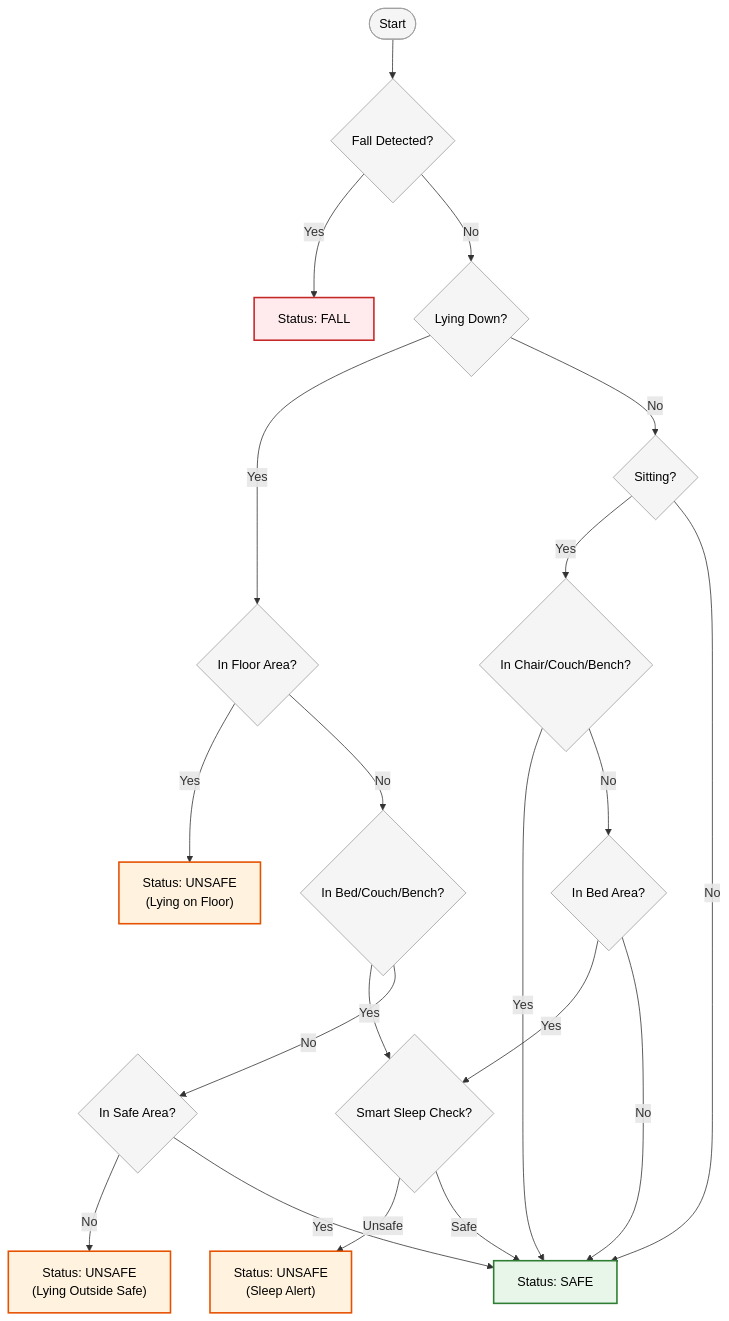
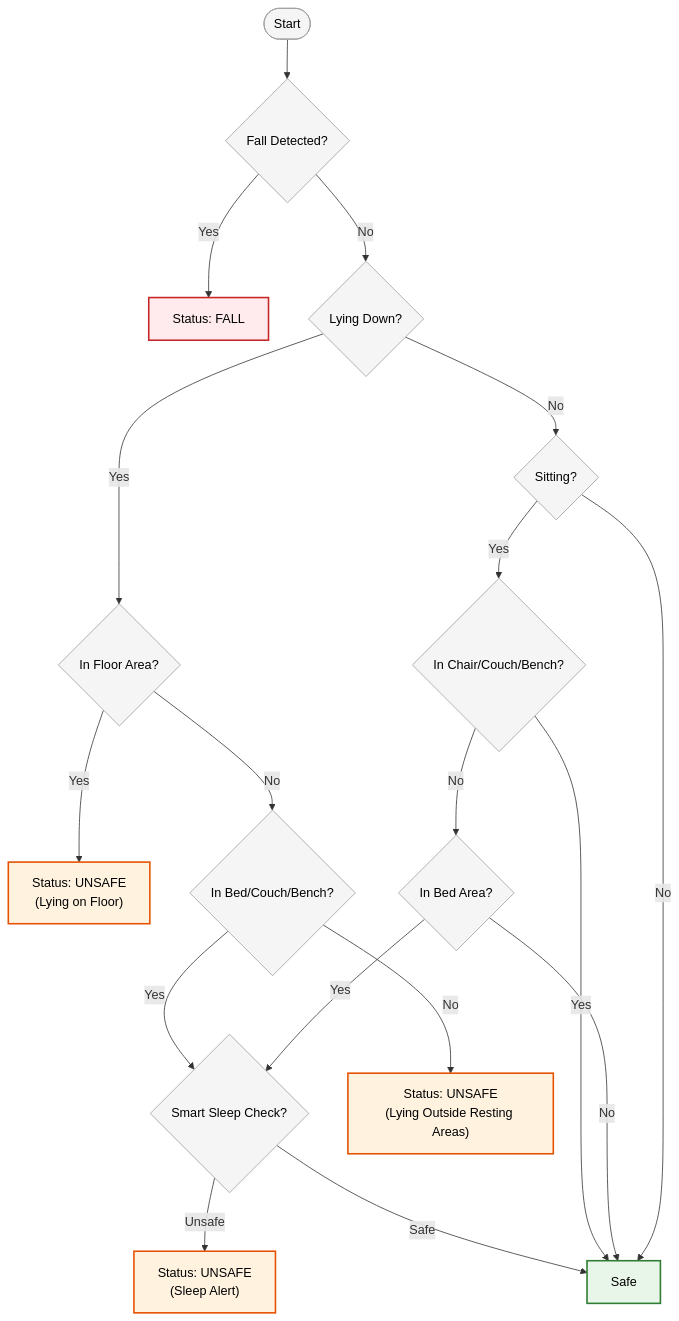
Before and after one commit to yudhisthereal/Private-Surveillence-MaixCAM: the sixth of 8 diagrams in README.md, drawn with Mermaid. The commit also changed other lines of this file and 9 other files, not shown here.

````diff
--- a/README.md
+++ b/README.md
@@ -788,37 +784,35 @@
 ```mermaid
 flowchart TD
     Start(["Start"]) --> Fall{"Fall Detected?"}
     Fall -- Yes --> UnsafeFall["Status: FALL"]
     Fall -- No --> Lying{"Lying Down?"}
 
     Lying -- Yes --> Floor{"In Floor Area?"}
     Floor -- Yes --> UnsafeFloor["Status: UNSAFE<br/>(Lying on Floor)"]
     Floor -- No --> SafeResting{"In Bed/Couch/Bench?"}
     
     SafeResting -- Yes --> SmartCheck{"Smart Sleep Check?"}
     SmartCheck -- Unsafe --> UnsafeSleep["Status: UNSAFE<br/>(Sleep Alert)"]
     SmartCheck -- Safe --> Safe
     
-    SafeResting -- No --> SafeZone{"In Safe Area?"}
-    SafeZone -- No --> UnsafeSafe["Status: UNSAFE<br/>(Lying Outside Safe)"]
-    SafeZone -- Yes --> Safe["Status: SAFE"]
+    SafeResting -- No --> UnsafeSafe["Status: UNSAFE<br/>(Lying Outside Resting Areas)"]
 
     Lying -- No --> Sitting{"Sitting?"}
     Sitting -- Yes --> SeatCheck{"In Chair/Couch/Bench?"}
     SeatCheck -- Yes --> Safe
     SeatCheck -- No --> BedCheck{"In Bed Area?"}
     
     BedCheck -- Yes --> SmartCheck
     BedCheck -- No --> Safe
     Sitting -- No --> Safe
 
     classDef fall fill:#ffebee,stroke:#c62828,stroke-width:2px,color:#000000
     classDef unsafe fill:#fff3e0,stroke:#e65100,stroke-width:2px,color:#000000
     classDef safe fill:#e8f5e9,stroke:#2e7d32,stroke-width:2px,color:#000000
     classDef neutral fill:#f5f5f5,stroke:#9e9e9e,stroke-width:1px,color:#000000
 
     class UnsafeFall fall
     class UnsafeFloor,UnsafeSafe,UnsafeSleep unsafe
     class Safe safe
     class Start,Fall,Lying,Floor,SafeResting,SmartCheck,SafeZone,Sitting,SeatCheck,BedCheck neutral
 ```
````
